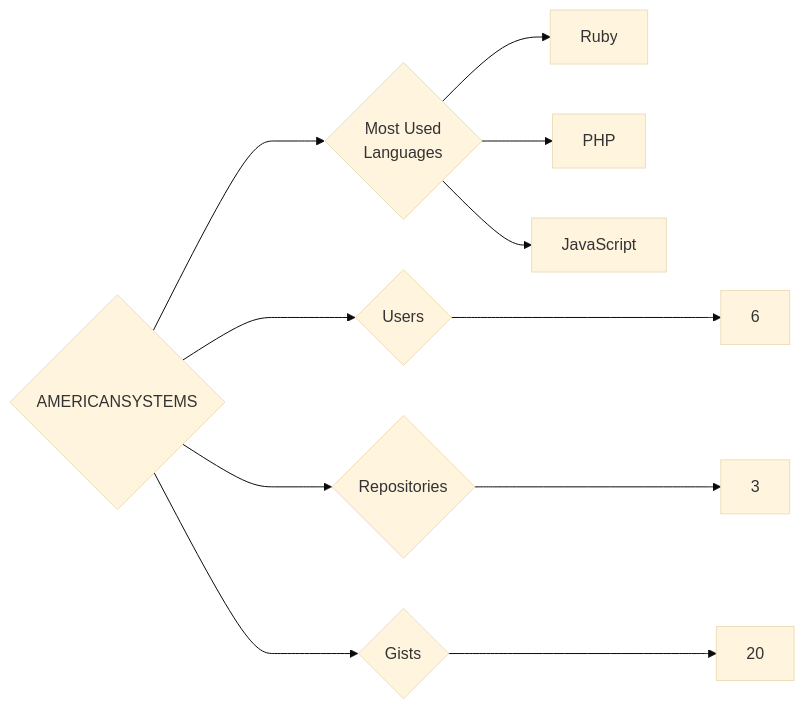
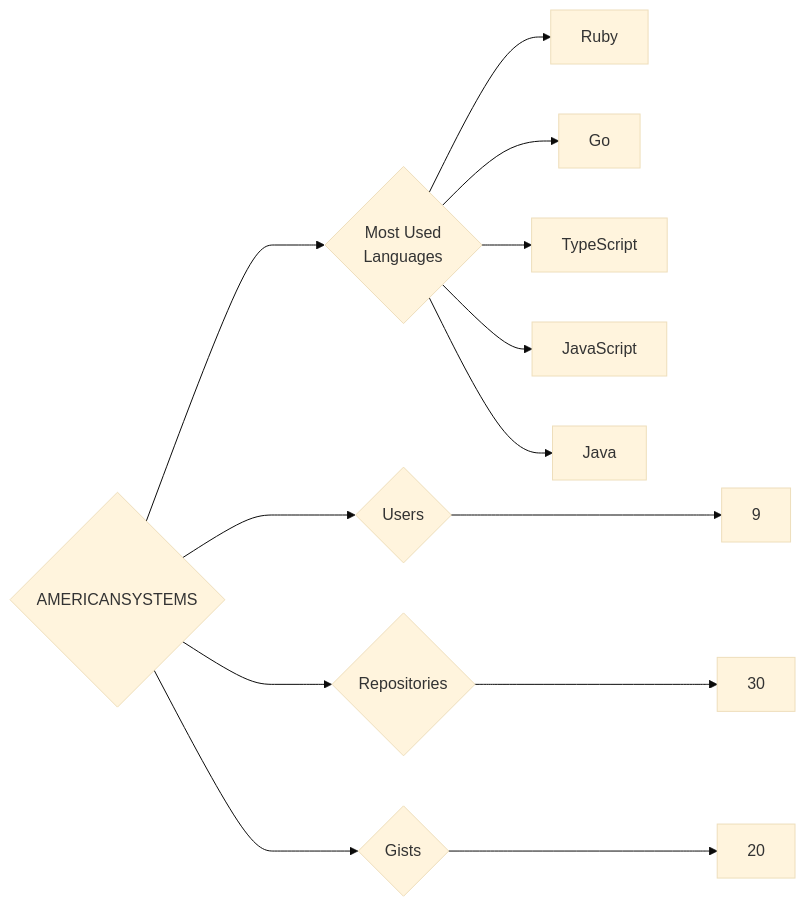
The diagram in targets/AMERICANSYSTEMS/README.md (trickest/insiders), drawn with Mermaid (base theme) before and after one commit. The commit also changed 1149 other files, not shown here.

````diff
--- a/targets/AMERICANSYSTEMS/README.md
+++ b/targets/AMERICANSYSTEMS/README.md
@@ -3,11 +3,13 @@
 ```mermaid
 graph LR
 COMPANY_NAME{AMERICANSYSTEMS}
-COMPANY_NAME ---> U{Users} ---> UN[6]
-COMPANY_NAME ---> R{Repositories} ---> RN[3]
+COMPANY_NAME ---> U{Users} ---> UN[9]
+COMPANY_NAME ---> R{Repositories} ---> RN[30]
 COMPANY_NAME ---> G{Gists} ---> GN[20]
 COMPANY_NAME ---> ML{Most Used<br>Languages}
 ML --> Ruby[Ruby]
-ML --> PHP[PHP]
+ML --> Go[Go]
+ML --> TypeScript[TypeScript]
 ML --> JavaScript[JavaScript]
+ML --> Java[Java]
 ```
````
